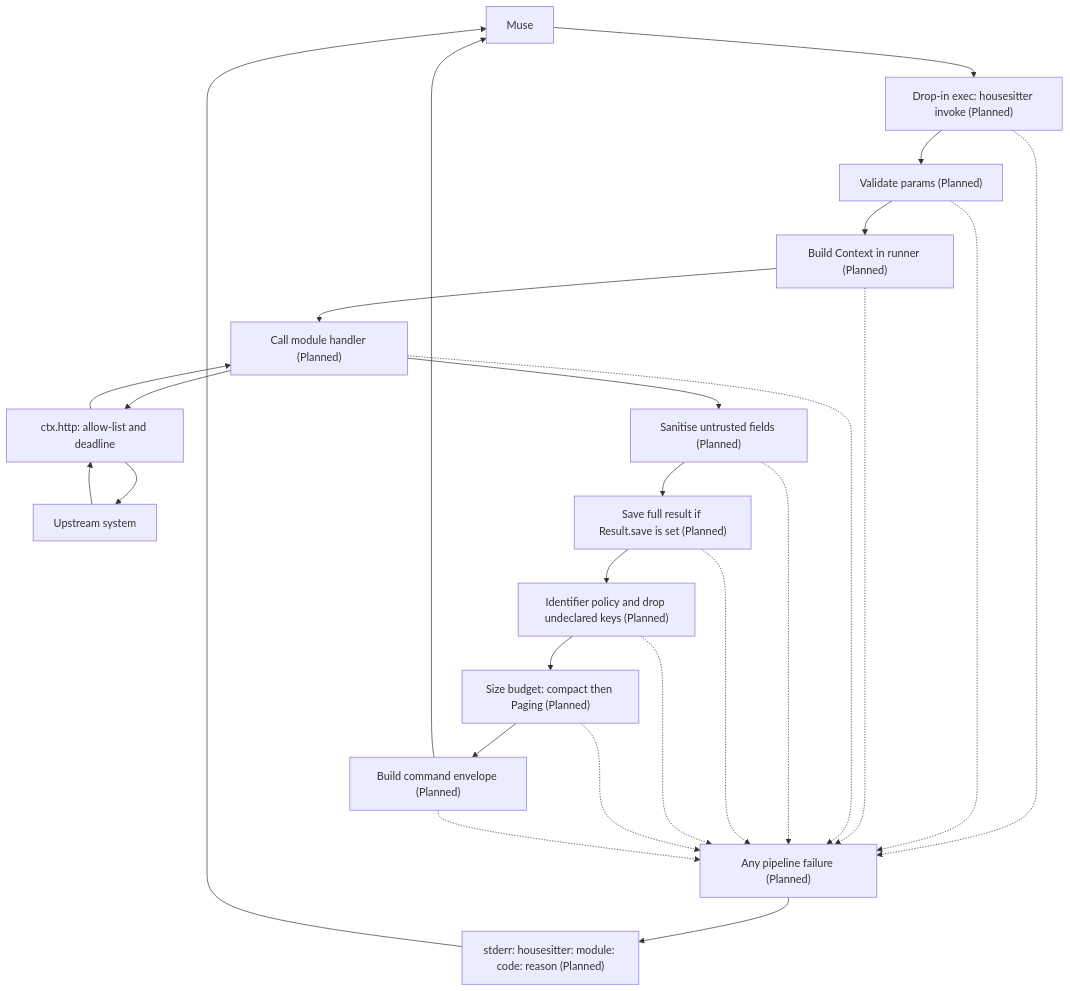
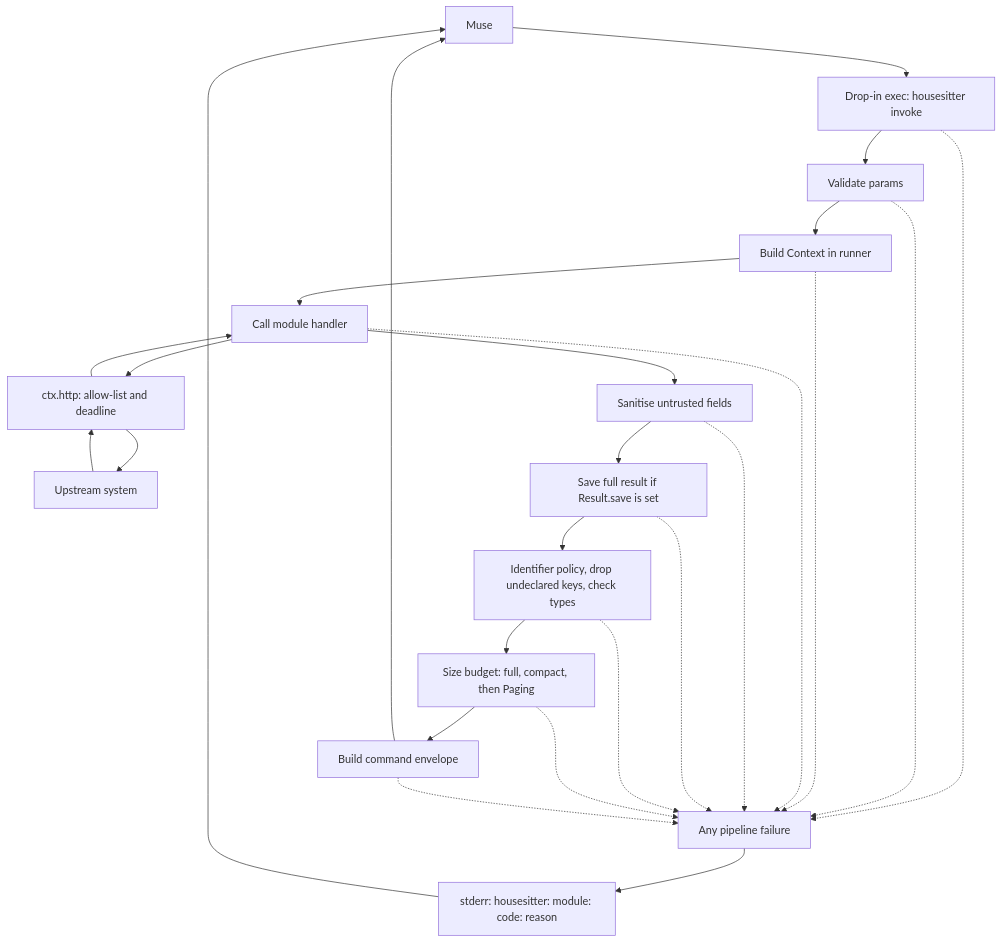
The second of 2 diagrams in docs/MODULES.md (jonschwenn/Muse-Housesitter), drawn with Mermaid before and after one commit. The commit also changed other lines of this file and 20 other files, not shown here.

First line of the commit message:
Core 12b: store, drop-ins, runner, CLI (#27)

````diff
--- a/docs/MODULES.md
+++ b/docs/MODULES.md
@@ -244,28 +307,28 @@
 ```mermaid
 flowchart TD
-    M["Muse"] --> D["Drop-in exec: housesitter invoke (Planned)"]
-    D --> V["Validate params (Planned)"]
-    V --> C["Build Context in runner (Planned)"]
-    C --> H["Call module handler (Planned)"]
+    M["Muse"] --> D["Drop-in exec: housesitter invoke"]
+    D --> V["Validate params"]
+    V --> C["Build Context in runner"]
+    C --> H["Call module handler"]
     H --> HTTP["ctx.http: allow-list and deadline"]
     HTTP --> U["Upstream system"]
     U --> HTTP
     HTTP --> H
-    H --> S["Sanitise untrusted fields (Planned)"]
-    S --> W["Save full result if Result.save is set (Planned)"]
-    W --> I["Identifier policy and drop undeclared keys (Planned)"]
-    I --> B["Size budget: compact then Paging (Planned)"]
-    B --> E["Build command envelope (Planned)"]
+    H --> S["Sanitise untrusted fields"]
+    S --> W["Save full result if Result.save is set"]
+    W --> I["Identifier policy, drop undeclared keys, check types"]
+    I --> B["Size budget: full, compact, then Paging"]
+    B --> E["Build command envelope"]
     E --> M
-    D -.-> ERR["Any pipeline failure (Planned)"]
+    D -.-> ERR["Any pipeline failure"]
     V -.-> ERR
     C -.-> ERR
     H -.-> ERR
     S -.-> ERR
     W -.-> ERR
     I -.-> ERR
     B -.-> ERR
     E -.-> ERR
-    ERR --> LINE["stderr: housesitter: module: code: reason (Planned)"]
+    ERR --> LINE["stderr: housesitter: module: code: reason"]
     LINE --> M
 ```
````
